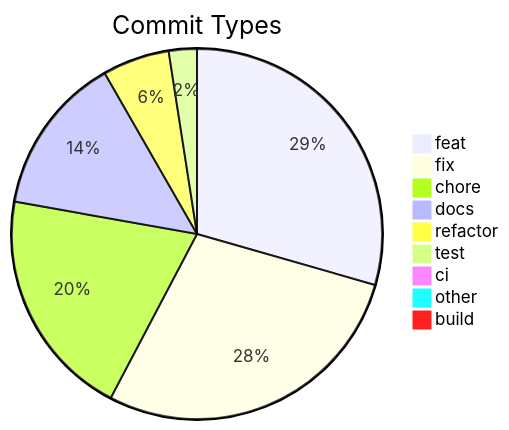
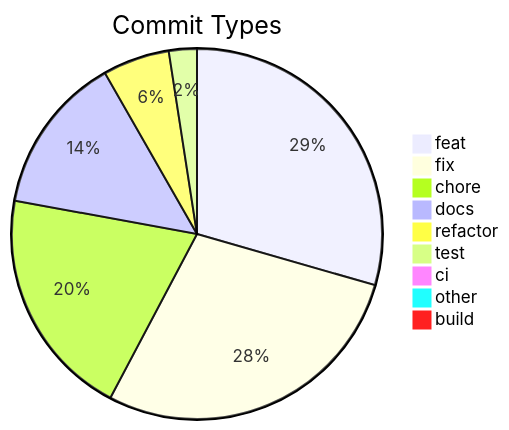
Before and after one commit to svenroth-ai/shipwright: the diagram in .shipwright/compliance/change-history.md, drawn with Mermaid. The commit also changed other lines of this file and 7 other files, not shown here.

````diff
--- a/.shipwright/compliance/change-history.md
+++ b/.shipwright/compliance/change-history.md
@@ -8,12 +8,12 @@
 ```mermaid
 pie title Commit Types
-    "feat" : 252
-    "fix" : 242
-    "chore" : 172
+    "feat" : 253
+    "fix" : 243
+    "chore" : 173
     "docs" : 119
     "refactor" : 50
     "test" : 21
     "ci" : 7
     "other" : 7
     "build" : 1
 ```
````
